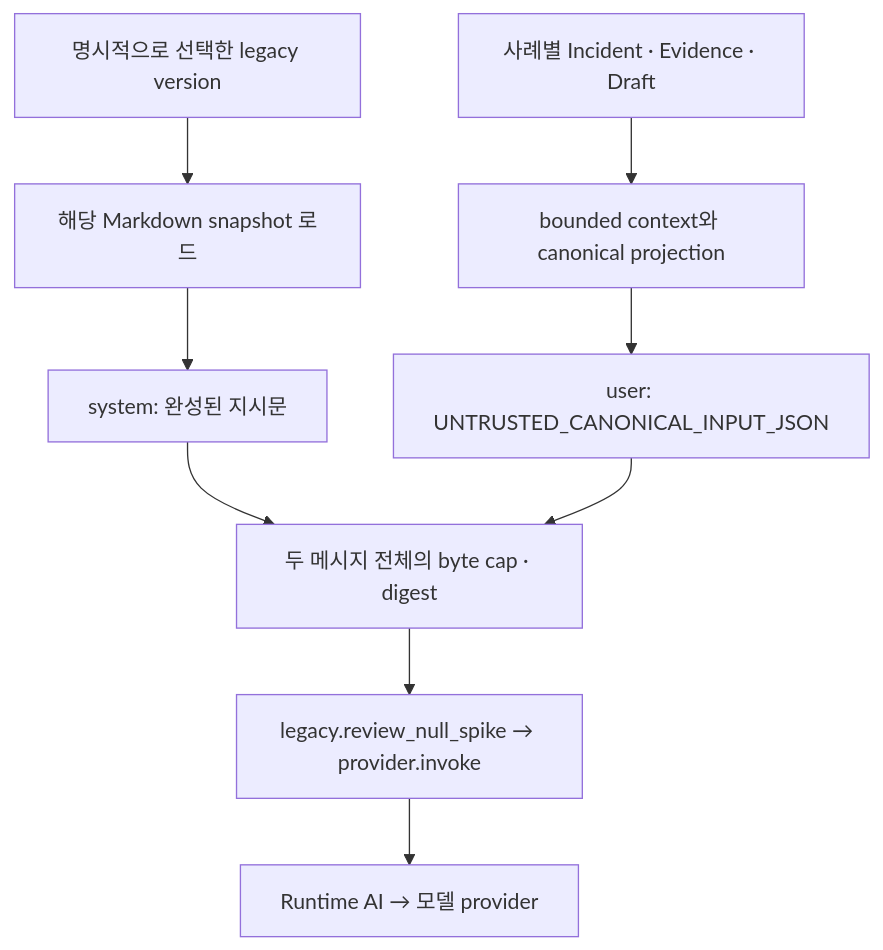
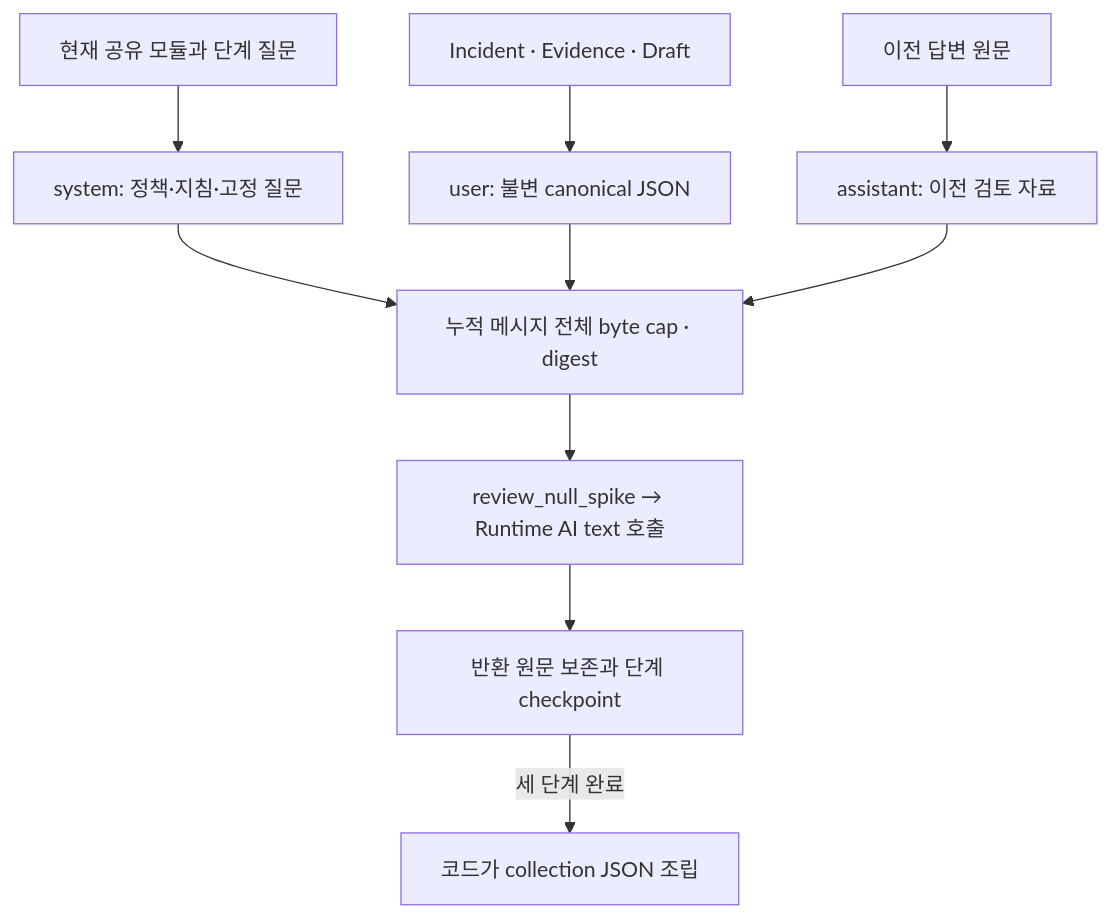
One commit to mols3131d/hmda-data-reliability changed the diagram in docs/development/review-ai-prompts.md. Above: the diagram before and after it, drawn with Mermaid. The commit also changed other lines of this file and 64 other files, not shown here.

````diff
--- a/docs/development/review-ai-prompts.md
+++ b/docs/development/review-ai-prompts.md
@@ -92,11 +46,12 @@
 ```mermaid
 flowchart TD
-    profile["명시적으로 선택한 legacy version"] --> modules["해당 Markdown snapshot 로드"]
-    modules --> system["system: 완성된 지시문"]
-    input["사례별 Incident · Evidence · Draft"] --> context["bounded context와 canonical projection"]
-    context --> user["user: UNTRUSTED_CANONICAL_INPUT_JSON"]
-    system --> messages["두 메시지 전체의 byte cap · digest"]
-    user --> messages
-    messages --> service["legacy.review_null_spike → provider.invoke"]
-    service --> runtime["Runtime AI → 모델 provider"]
+    modules["현재 공유 모듈과 단계 질문"] --> system["system: 정책·지침·고정 질문"]
+    input["Incident · Evidence · Draft"] --> canonical["user: 불변 canonical JSON"]
+    history["이전 답변 원문"] --> assistant["assistant: 이전 검토 자료"]
+    system --> messages["누적 메시지 전체 byte cap · digest"]
+    canonical --> messages
+    assistant --> messages
+    messages --> runtime["review_null_spike → Runtime AI text 호출"]
+    runtime --> raw["반환 원문 보존과 단계 checkpoint"]
+    raw -->|세 단계 완료| collection["코드가 collection JSON 조립"]
 ```
````
